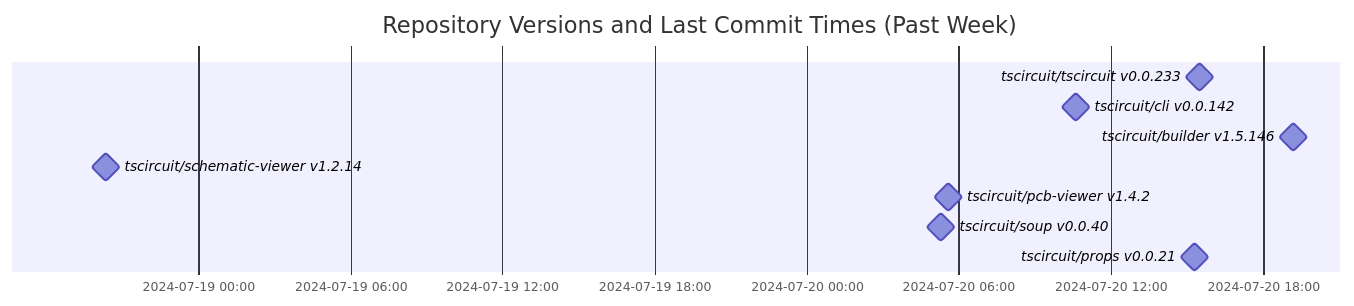
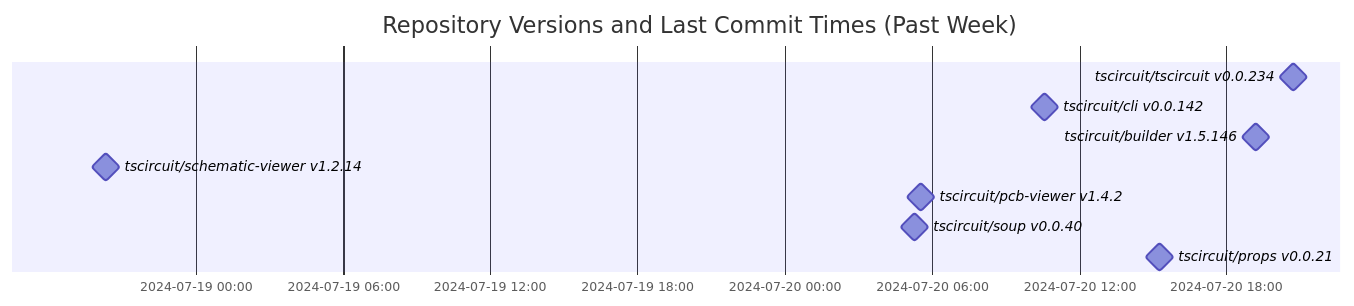
The diagram in README.md (tscircuit/version-tracker), drawn with Mermaid before and after one commit.

Commit message:
Update chart

````diff
--- a/README.md
+++ b/README.md
@@ -1,14 +1,14 @@
 ```mermaid
 gantt
   dateFormat  YYYY-MM-DD HH:mm:ss
   title Repository Versions and Last Commit Times (Past Week)
   axisFormat %Y-%m-%d %H:%M
 
-  tscircuit/tscircuit v0.0.233 : milestone, 2024-07-20 15:31:10, 1s
+  tscircuit/tscircuit v0.0.234 : milestone, 2024-07-20 20:44:01, 1s
   tscircuit/cli v0.0.142 : milestone, 2024-07-20 10:36:15, 1s
   tscircuit/builder v1.5.146 : milestone, 2024-07-20 19:11:54, 1s
   tscircuit/schematic-viewer v1.2.14 : milestone, 2024-07-18 20:20:40, 1s
   tscircuit/pcb-viewer v1.4.2 : milestone, 2024-07-20 05:34:23, 1s
   tscircuit/soup v0.0.40 : milestone, 2024-07-20 05:18:19, 1s
   tscircuit/props v0.0.21 : milestone, 2024-07-20 15:18:01, 1s
 ```
````
